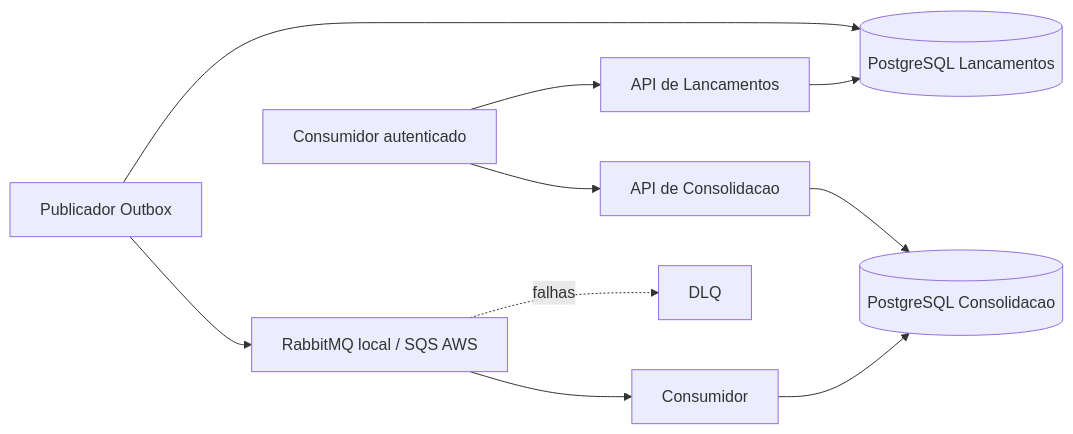
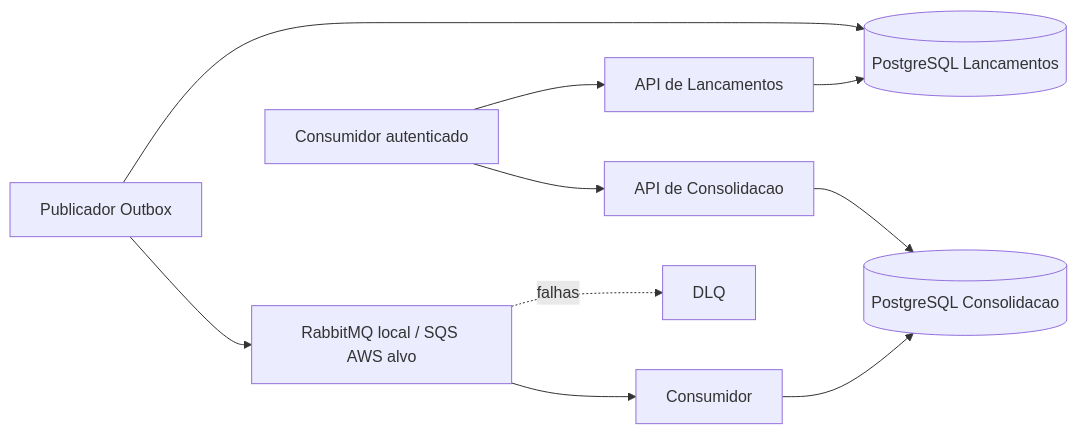
The diagram in docs/03-arquitetura-solucao/das.md (ThiagoFerraciolli/cash-flow-architecture), drawn with Mermaid before and after one commit. The commit also changed other lines of this file, not shown here.

Commit message:
docs: distinguish local implementation from AWS target in DAS

````diff
--- a/docs/03-arquitetura-solucao/das.md
+++ b/docs/03-arquitetura-solucao/das.md
@@ -13,12 +13,12 @@
 ```mermaid
 flowchart LR
     U[Consumidor autenticado] --> TA[API de Lancamentos]
     TA --> TDB[(PostgreSQL Lancamentos)]
     TW[Publicador Outbox] --> TDB
-    TW --> Q[RabbitMQ local / SQS AWS]
+    TW --> Q[RabbitMQ local / SQS AWS alvo]
     Q --> CW[Consumidor]
     CW --> CDB[(PostgreSQL Consolidacao)]
     U --> CA[API de Consolidacao]
     CA --> CDB
     Q -. falhas .-> D[DLQ]
 ```
````
